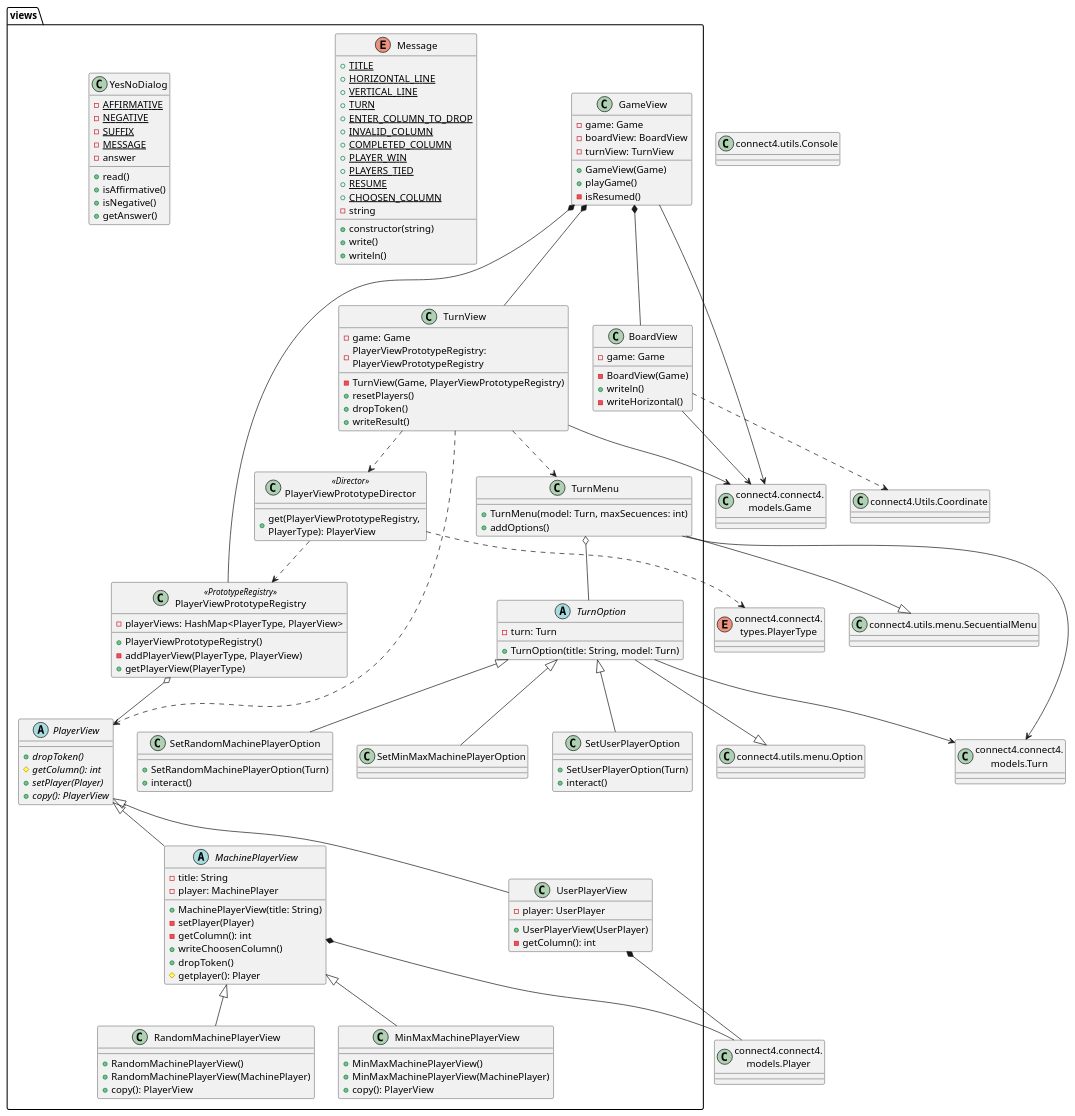
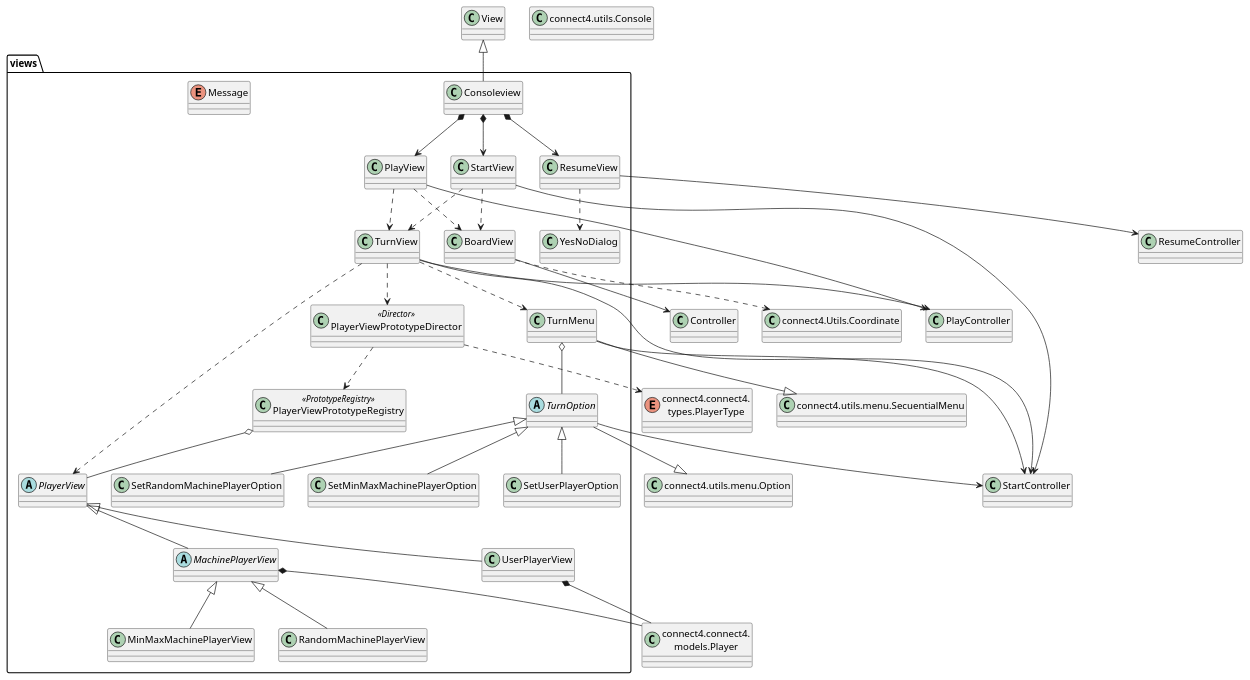
Before and after one commit to js-rom/connect4: the diagram in connect4/Docs/diagrams/src/packages/connect4.connect4.views.console.plantuml, drawn with PlantUML. The commit also changed 1 other file, not shown here.

Commit message:
docs(console): update console class diagram

```diff
--- a/connect4/Docs/diagrams/src/packages/connect4.connect4.views.console.plantuml
+++ b/connect4/Docs/diagrams/src/packages/connect4.connect4.views.console.plantuml
@@ -1,155 +1,84 @@
 @startuml connect4.connect4.views
 
-class views.GameView
+class views.Consoleview
+class views.StartView
+class views.PlayView
+class views.ResumeView
 class views.BoardView
 class views.TurnView
 abstract class views.PlayerView
 abstract class views.MachinePlayerView
 class views.MinMaxMachinePlayerView
 class views.RandomMachinePlayerView
 class views.UserPlayerView
 class views.TurnMenu
 abstract class views.TurnOption
 class views.SetRandomMachinePlayerOption
 class views.SetMinMaxMachinePlayerOption
 class views.SetUserPlayerOption
 enum views.Message
 class views.YesNoDialog
 class views.PlayerViewPrototypeDirector <<Director>>
 class views.PlayerViewPrototypeRegistry <<PrototypeRegistry>>
 
-GameView *-- TurnView
-GameView *-- BoardView
-GameView *-- PlayerViewPrototypeRegistry
+class View
+View <|-- Consoleview 
+Consoleview *--> StartView
+Consoleview *--> PlayView
+Consoleview *--> ResumeView
+
+class StartController
+class PlayController
+class ResumeController
+
+StartView --> StartController
+PlayView --> PlayController
+ResumeView --> ResumeController
+
+StartView ..> TurnView
+StartView ..> BoardView
+
+PlayView ..> TurnView
+PlayView ..> BoardView
+
+ResumeView ..> YesNoDialog
+
 TurnView ..> PlayerView
+
 PlayerView <|-- UserPlayerView
 PlayerView <|-- MachinePlayerView
 MachinePlayerView <|-- MinMaxMachinePlayerView
 MachinePlayerView <|-- RandomMachinePlayerView
+
 TurnOption <|-- SetRandomMachinePlayerOption
 TurnOption <|-- SetMinMaxMachinePlayerOption
 TurnOption <|-- SetUserPlayerOption
+
 TurnView ..> TurnMenu
 TurnMenu o-- TurnOption
 TurnView ..> PlayerViewPrototypeDirector
 
 PlayerViewPrototypeDirector ..> PlayerViewPrototypeRegistry
 PlayerViewPrototypeRegistry o-- PlayerView
 
-
-
 class Option as "connect4.utils.menu.Option"
 class SecuentialMenu as "connect4.utils.menu.SecuentialMenu"
-class Game as "connect4.connect4.\nmodels.Game"
-class Turn as "connect4.connect4.\nmodels.Turn"
 class Coordinate as "connect4.Utils.Coordinate"
 class Console as "connect4.utils.Console"
 class Player as "connect4.connect4.\nmodels.Player"
 enum PlayerType as "connect4.connect4.\ntypes.PlayerType"
 
 TurnOption --|> Option
 TurnMenu --|> SecuentialMenu
-BoardView --> Game
+BoardView --> Controller
 BoardView ..> Coordinate
-GameView --> Game
 MachinePlayerView *-- Player
 UserPlayerView *-- Player
-TurnView --> Game
-TurnMenu --> Turn
-TurnOption --> Turn
+TurnView --> StartController
+TurnView --> PlayController
+TurnMenu --> StartController
+TurnOption --> StartController
 PlayerViewPrototypeDirector ..> PlayerType
 
 
-GameView : -game: Game
-GameView : -boardView: BoardView
-GameView : -turnView: TurnView
-GameView : +GameView(Game)
-GameView : +playGame()
-GameView : -isResumed()
-
-TurnView : -game: Game
-TurnView : -PlayerViewPrototypeRegistry: \nPlayerViewPrototypeRegistry
-TurnView : -TurnView(Game, PlayerViewPrototypeRegistry)
-TurnView : +resetPlayers()
-TurnView : +dropToken()
-TurnView : +writeResult()
-
-BoardView : -game: Game
-BoardView : -BoardView(Game)
-BoardView : +writeln()
-BoardView : -writeHorizontal()
-
-PlayerViewPrototypeDirector : +get(PlayerViewPrototypeRegistry, \nPlayerType): PlayerView
-
-PlayerViewPrototypeRegistry : -playerViews: HashMap<PlayerType, PlayerView>
-PlayerViewPrototypeRegistry : +PlayerViewPrototypeRegistry()
-PlayerViewPrototypeRegistry : -addPlayerView(PlayerType, PlayerView)
-PlayerViewPrototypeRegistry : +getPlayerView(PlayerType)
-
-PlayerView : +{abstract}dropToken()
-PlayerView : {abstract} #getColumn(): int
-PlayerView : +{abstract}setPlayer(Player)
-PlayerView : +{abstract}copy(): PlayerView
-
-MachinePlayerView : -title: String
-MachinePlayerView : -player: MachinePlayer
-MachinePlayerView : +MachinePlayerView(title: String)
-MachinePlayerView : -setPlayer(Player)
-MachinePlayerView : -getColumn(): int
-MachinePlayerView : +writeChoosenColumn()
-MachinePlayerView : +dropToken()
-MachinePlayerView : #getplayer(): Player
-
-MinMaxMachinePlayerView : +MinMaxMachinePlayerView()
-MinMaxMachinePlayerView : +MinMaxMachinePlayerView(MachinePlayer)
-MinMaxMachinePlayerView : +copy(): PlayerView
-
-RandomMachinePlayerView : +RandomMachinePlayerView()
-RandomMachinePlayerView : +RandomMachinePlayerView(MachinePlayer)
-RandomMachinePlayerView : +copy(): PlayerView
-
-UserPlayerView : -player: UserPlayer
-UserPlayerView : +UserPlayerView(UserPlayer)
-UserPlayerView : -getColumn(): int
-
-Message : {static} +TITLE
-Message : {static} +HORIZONTAL_LINE
-Message : {static} +VERTICAL_LINE
-Message : {static} +TURN
-Message : {static} +ENTER_COLUMN_TO_DROP
-Message : {static} +INVALID_COLUMN
-Message : {static} +COMPLETED_COLUMN
-Message : {static} +PLAYER_WIN
-Message : {static} +PLAYERS_TIED
-Message : {static} +RESUME
-Message : {static} +CHOOSEN_COLUMN
-Message : -string
-Message : +constructor(string)
-Message : +write()
-Message : +writeln()
-
-
-YesNoDialog : {static} -AFFIRMATIVE
-YesNoDialog : {static} -NEGATIVE
-YesNoDialog : {static} -SUFFIX
-YesNoDialog : {static} -MESSAGE
-YesNoDialog : -answer
-YesNoDialog : +read()
-YesNoDialog : +isAffirmative()
-YesNoDialog : +isNegative()
-YesNoDialog : +getAnswer()
-
-TurnMenu : +TurnMenu(model: Turn, maxSecuences: int)
-TurnMenu : +addOptions()
-
-TurnOption : -turn: Turn
-TurnOption : +TurnOption(title: String, model: Turn)
-
-SetRandomMachinePlayerOption : +SetRandomMachinePlayerOption(Turn)
-SetRandomMachinePlayerOption : +interact()
-
-SetUserPlayerOption : +SetUserPlayerOption(Turn)
-SetUserPlayerOption : +interact()
-
-
 @enduml
```
